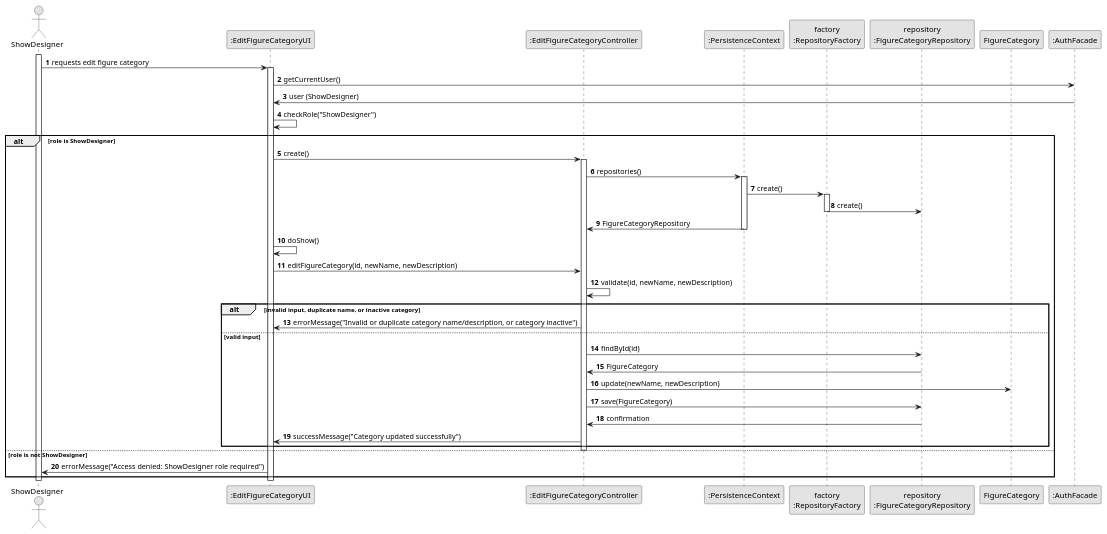
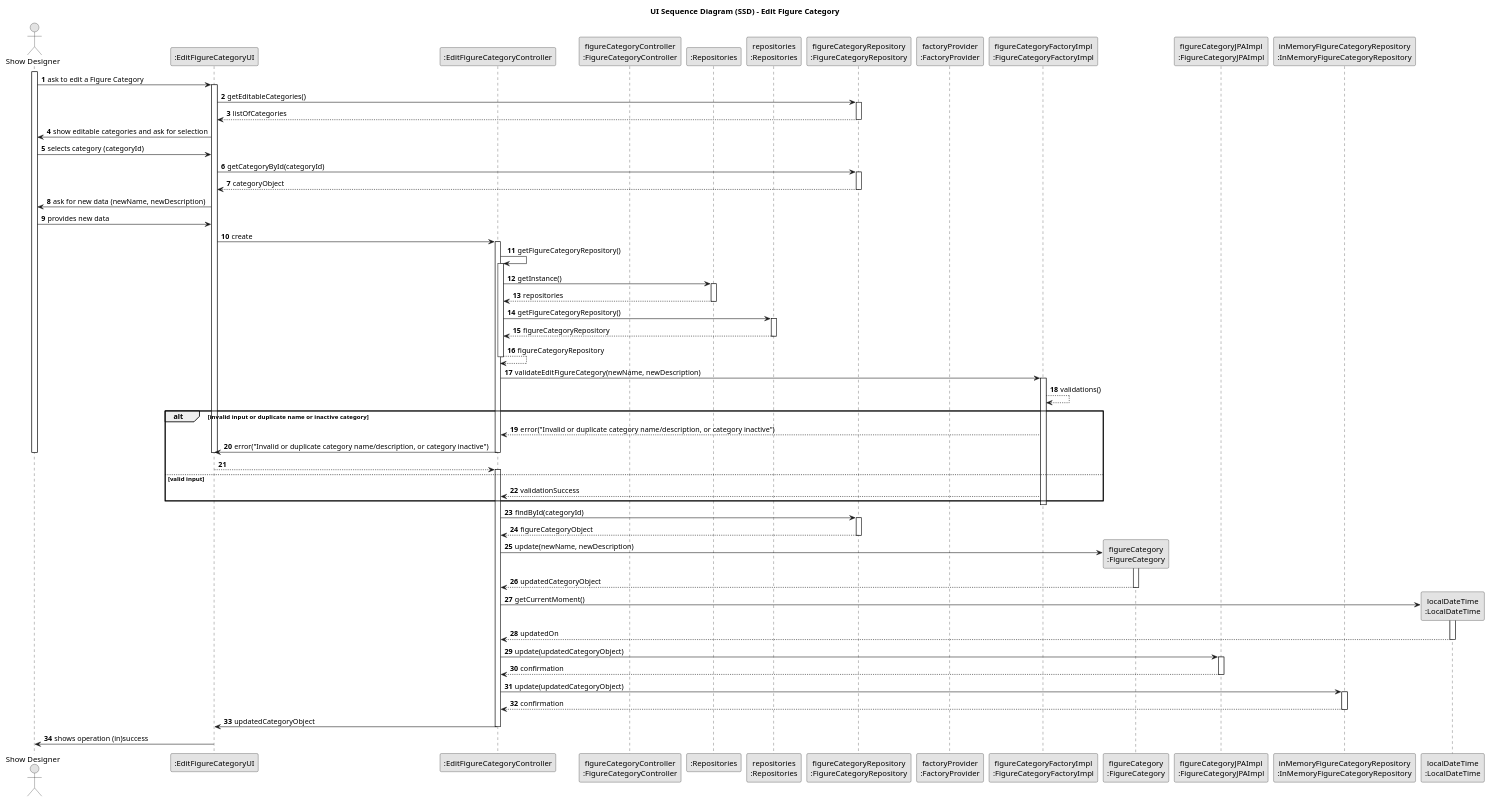
One commit to SAEmanuel/Shodrone_ISEP changed the diagram in docs/planning/sprint2/EAPLI/US246 - Edit figure category/03.design/puml/us246-sequence-diagram-full.puml. Above: the diagram before and after it, drawn with PlantUML.

Commit message:
us246: add detailed UI sequence diagram (SSD) in PlantUML
Added a detailed PlantUML sequence diagram for US246 (Edit Figure Category), following the UI and persistence interaction style used in the project.

Related to: #1/#24/#33

```diff
--- a/docs/planning/sprint2/EAPLI/US246 - Edit figure category/03.design/puml/us246-sequence-diagram-full.puml
+++ b/docs/planning/sprint2/EAPLI/US246 - Edit figure category/03.design/puml/us246-sequence-diagram-full.puml
@@ -1,61 +1,117 @@
 @startuml
 skinparam monochrome true
 skinparam packageStyle rectangle
 skinparam shadowing false
 
+title UI Sequence Diagram (SSD) - Edit Figure Category
+
 autonumber
 
-actor "ShowDesigner" as ACTOR
+actor "Show Designer" as showDesigner
 participant ":EditFigureCategoryUI" as UI
 participant ":EditFigureCategoryController" as CTRL
-participant ":PersistenceContext" as PC
-participant "factory\n:RepositoryFactory" as FACTORY_INSTANCE
-participant "repository\n:FigureCategoryRepository" as REPO
-participant "FigureCategory" as FigureCategory
-participant ":AuthFacade" as AuthFacade
+participant "figureCategoryController\n:FigureCategoryController" as catCtrl
+participant ":Repositories" as RepositorySingleton
+participant "repositories\n:Repositories" as PLAT
+participant "figureCategoryRepository\n:FigureCategoryRepository" as catRepo
 
-activate ACTOR
+participant "factoryProvider\n:FactoryProvider" as factProv
+participant "figureCategoryFactoryImpl\n:FigureCategoryFactoryImpl" as catFactImpl
+participant "figureCategory\n:FigureCategory" as figureCategory
+participant "figureCategoryJPAImpl\n:FigureCategoryJPAImpl" as catJPA
+participant "inMemoryFigureCategoryRepository\n:InMemoryFigureCategoryRepository" as catMem
 
-ACTOR -> UI : requests edit figure category
+participant "localDateTime\n:LocalDateTime" as localTime
 
-activate UI
-UI -> AuthFacade: getCurrentUser()
-AuthFacade -> UI: user (ShowDesigner)
-UI -> UI: checkRole("ShowDesigner")
-alt role is ShowDesigner
-    UI -> CTRL : create()
+activate showDesigner
 
+    showDesigner -> UI : ask to edit a Figure Category
+    activate UI
+
+    UI -> catRepo : getEditableCategories()
+    activate catRepo
+        catRepo --> UI : listOfCategories
+    deactivate catRepo
+
+    UI -> showDesigner : show editable categories and ask for selection
+    showDesigner -> UI : selects category (categoryId)
+
+    UI -> catRepo : getCategoryById(categoryId)
+    activate catRepo
+        catRepo --> UI : categoryObject
+    deactivate catRepo
+
+    UI -> showDesigner : ask for new data (newName, newDescription)
+    showDesigner -> UI : provides new data
+
+    UI -> CTRL : create
     activate CTRL
-    CTRL -> PC: repositories()
-    activate PC
-    PC -> FACTORY_INSTANCE: create()
-    activate FACTORY_INSTANCE
-    FACTORY_INSTANCE -> REPO: create()
-    deactivate FACTORY_INSTANCE
-    PC -> CTRL: FigureCategoryRepository
-    deactivate PC
 
-    UI -> UI: doShow()
+        CTRL -> CTRL : getFigureCategoryRepository()
+        activate CTRL
 
-    UI -> CTRL: editFigureCategory(id, newName, newDescription)
-    CTRL -> CTRL: validate(id, newName, newDescription)
-    alt invalid input, duplicate name, or inactive category
-        CTRL -> UI: errorMessage("Invalid or duplicate category name/description, or category inactive")
-    else valid input
-        CTRL -> REPO: findById(id)
-        REPO -> CTRL: FigureCategory
-        CTRL -> FigureCategory: update(newName, newDescription)
-        CTRL -> REPO: save(FigureCategory)
-        REPO -> CTRL: confirmation
-        CTRL -> UI: successMessage("Category updated successfully")
-    end
+            CTRL -> RepositorySingleton : getInstance()
+            activate RepositorySingleton
 
+                RepositorySingleton --> CTRL: repositories
+            deactivate RepositorySingleton
+
+            CTRL -> PLAT : getFigureCategoryRepository()
+            activate PLAT
+
+                PLAT --> CTRL: figureCategoryRepository
+            deactivate PLAT
+            CTRL --> CTRL : figureCategoryRepository
+
+        deactivate CTRL
+
+        CTRL -> catFactImpl : validateEditFigureCategory(newName, newDescription)
+        activate catFactImpl
+            catFactImpl --> catFactImpl : validations()
+            alt invalid input or duplicate name or inactive category
+                catFactImpl --> CTRL : error("Invalid or duplicate category name/description, or category inactive")
+                CTRL -> UI : error("Invalid or duplicate category name/description, or category inactive")
+                deactivate CTRL
+                deactivate UI
+                deactivate showDesigner
+                return
+            else valid input
+            activate CTRL
+                catFactImpl --> CTRL : validationSuccess
+            end
+        deactivate catFactImpl
+
+        CTRL -> catRepo : findById(categoryId)
+        activate catRepo
+            catRepo --> CTRL : figureCategoryObject
+        deactivate catRepo
+
+        CTRL -> figureCategory** : update(newName, newDescription)
+        activate figureCategory
+            figureCategory --> CTRL : updatedCategoryObject
+        deactivate figureCategory
+
+        CTRL -> localTime** : getCurrentMoment()
+        activate localTime
+            localTime --> CTRL : updatedOn
+        deactivate localTime
+
+        CTRL -> catJPA : update(updatedCategoryObject)
+        activate catJPA
+            catJPA --> CTRL : confirmation
+        deactivate catJPA
+
+        CTRL -> catMem : update(updatedCategoryObject)
+        activate catMem
+            catMem --> CTRL : confirmation
+        deactivate catMem
+
+        CTRL -> UI : updatedCategoryObject
     deactivate CTRL
-else role is not ShowDesigner
-    UI -> ACTOR: errorMessage("Access denied: ShowDesigner role required")
-end
+
+    UI -> showDesigner : shows operation (in)success
 
 deactivate UI
-deactivate ACTOR
+deactivate showDesigner
 
 @enduml
```
